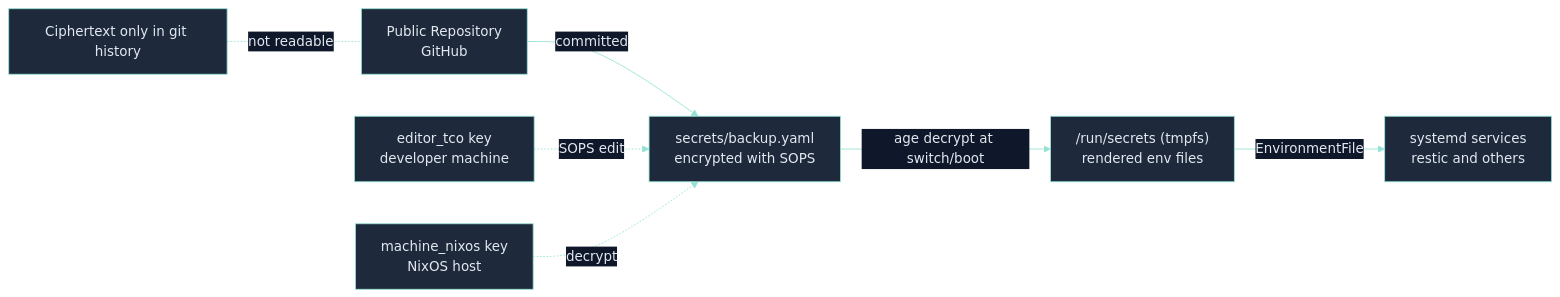
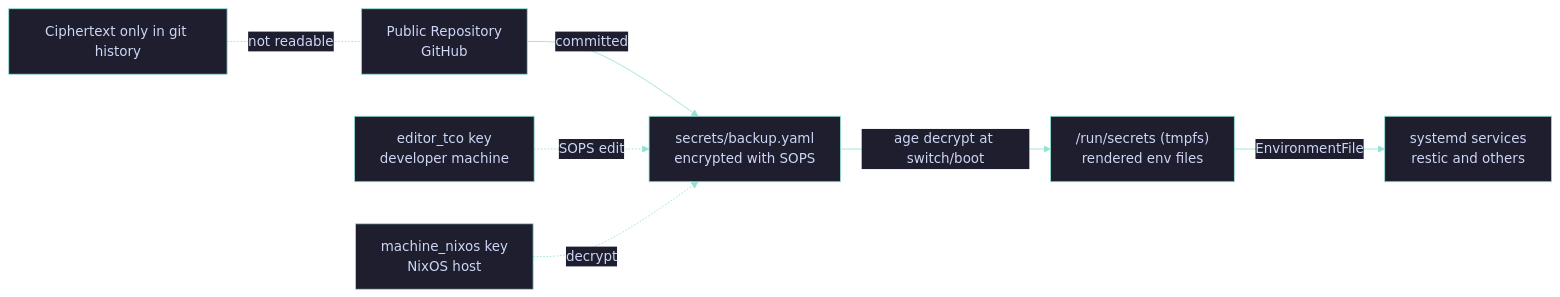
One commit to RomeoCavazza/nixos-config changed the diagram in docs/wiki/Security-&-Secrets.md. Above: the diagram before and after it, drawn with Mermaid. The commit also changed 10 other files, not shown here.

Commit message:
docs: finalize catppuccin mocha palette for all diagrams

````diff
--- a/docs/wiki/Security-&-Secrets.md
+++ b/docs/wiki/Security-&-Secrets.md
@@ -15,10 +15,10 @@
 ```mermaid
-%%{init: {'theme': 'base', 'themeVariables': { 'primaryColor': '#1e293b', 'secondaryColor': '#0f172a', 'tertiaryColor': '#0f172a', 'primaryBorderColor': '#94e2d5', 'lineColor': '#94e2d5', 'primaryTextColor': '#e2e8f0', 'clusterBkg': '#0f172a', 'clusterBorder': '#475569', 'fontSize': '16px' }}}%%
+%%{init: {'theme': 'base', 'themeVariables': { 'primaryColor': '#181825', 'secondaryColor': '#1e1e2e', 'tertiaryColor': '#1e1e2e', 'primaryBorderColor': '#94e2d5', 'lineColor': '#94e2d5', 'primaryTextColor': '#cdd6f4', 'mainBkg': '#1e1e2e', 'clusterBkg': '#181825', 'clusterBorder': '#45475a', 'fontSize': '16px' }}}%%
 flowchart LR
   A["Public Repository<br/>GitHub"] -->|committed| B["secrets/backup.yaml<br/>encrypted with SOPS"]
   C["editor_tco key<br/>developer machine"] -.->|SOPS edit| B
   D["machine_nixos key<br/>NixOS host"] -.->|decrypt| B
   B -->|age decrypt at switch/boot| E["/run/secrets (tmpfs)<br/>rendered env files"]
   E -->|EnvironmentFile| F["systemd services<br/>restic and others"]
   G["Ciphertext only in git history"] -.-|not readable| A
 ```
````
